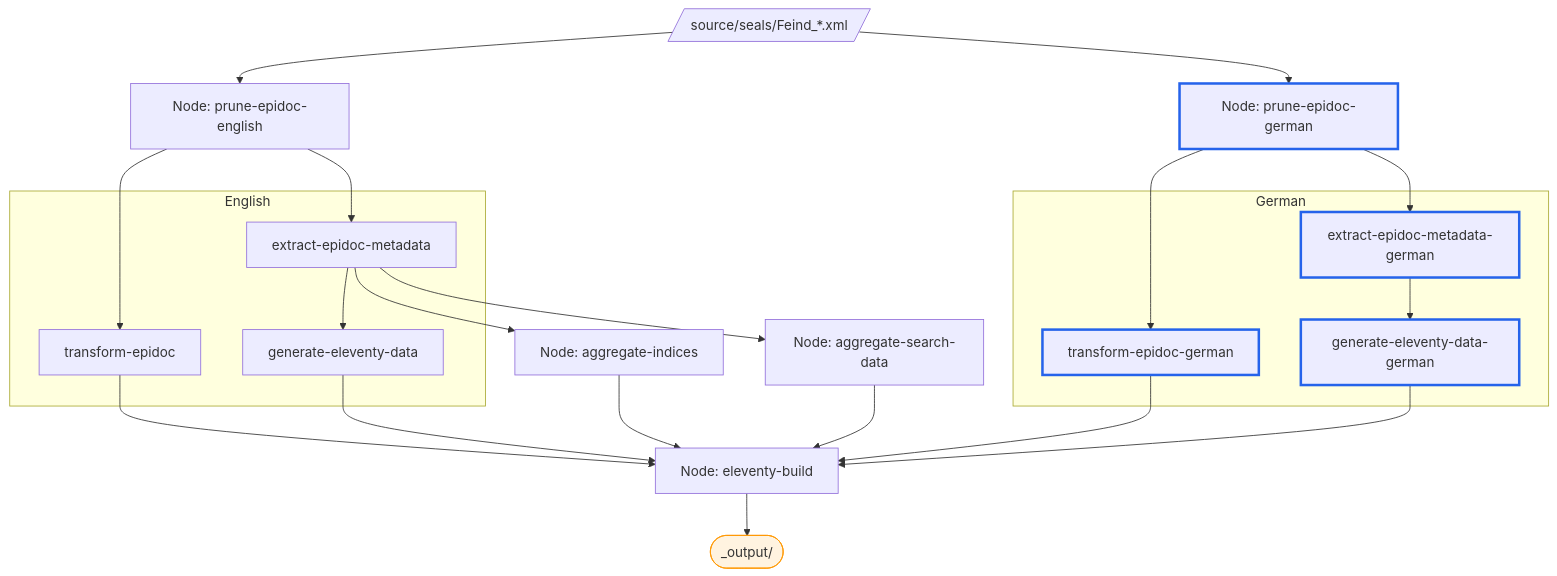
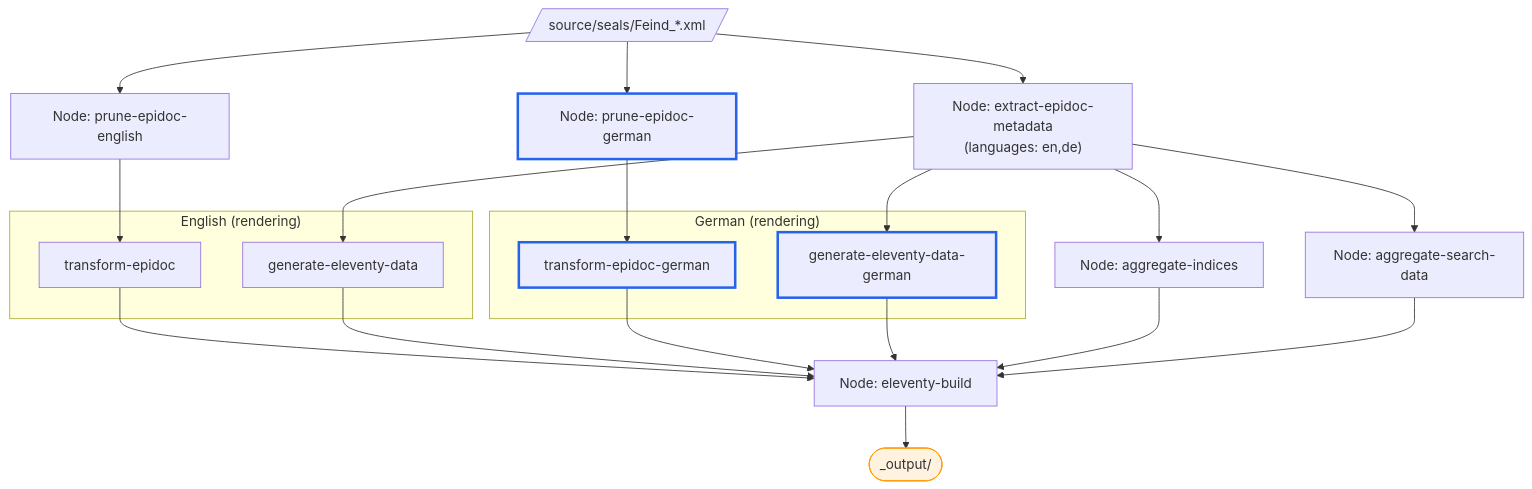
One commit to olvidalo/efes-ng-prototype changed the diagram in docs/tutorial/multi-language.md. Above: the diagram before and after it, drawn with Mermaid. The commit also changed other lines of this file and 12 other files, not shown here.

````diff
--- a/docs/tutorial/multi-language.md
+++ b/docs/tutorial/multi-language.md
@@ -229,51 +231,44 @@
 ```mermaid
 flowchart TD
     seals[/"source/seals/Feind_*.xml"/]
 
     prune_en["Node: prune-epidoc-english"]
     prune_de["Node: prune-epidoc-german"]
+    extract["Node: extract-epidoc-metadata\n(languages: en,de)"]
 
-    subgraph English
+    subgraph "English (rendering)"
         transform_en["transform-epidoc"]
-        extract_en["extract-epidoc-metadata"]
         data_en["generate-eleventy-data"]
     end
 
-    subgraph German
+    subgraph "German (rendering)"
         transform_de["transform-epidoc-german"]
-        extract_de["extract-epidoc-metadata-german"]
         data_de["generate-eleventy-data-german"]
     end
 
     agg["Node: aggregate-indices"]
     search["Node: aggregate-search-data"]
     build["Node: eleventy-build"]
     output(["_output/"])
 
-    seals --> prune_en
-    seals --> prune_de
-
-    prune_en --> transform_en
-    prune_en --> extract_en
-    extract_en --> data_en
-    extract_en --> agg
-    extract_en --> search
-
-    prune_de --> transform_de
-    prune_de --> extract_de
-    extract_de --> data_de
+    seals --> prune_en --> transform_en
+    seals --> prune_de --> transform_de
+    seals --> extract
+    extract --> data_en
+    extract --> data_de
+    extract --> agg
+    extract --> search
 
     transform_en --> build
     data_en --> build
     transform_de --> build
     data_de --> build
     agg --> build
     search --> build
     build --> output
 
     style prune_de stroke:#2563eb,stroke-width:3px
     style transform_de stroke:#2563eb,stroke-width:3px
-    style extract_de stroke:#2563eb,stroke-width:3px
     style data_de stroke:#2563eb,stroke-width:3px
     style output fill:#fff3e0,stroke:#ff9800
 ```
````
